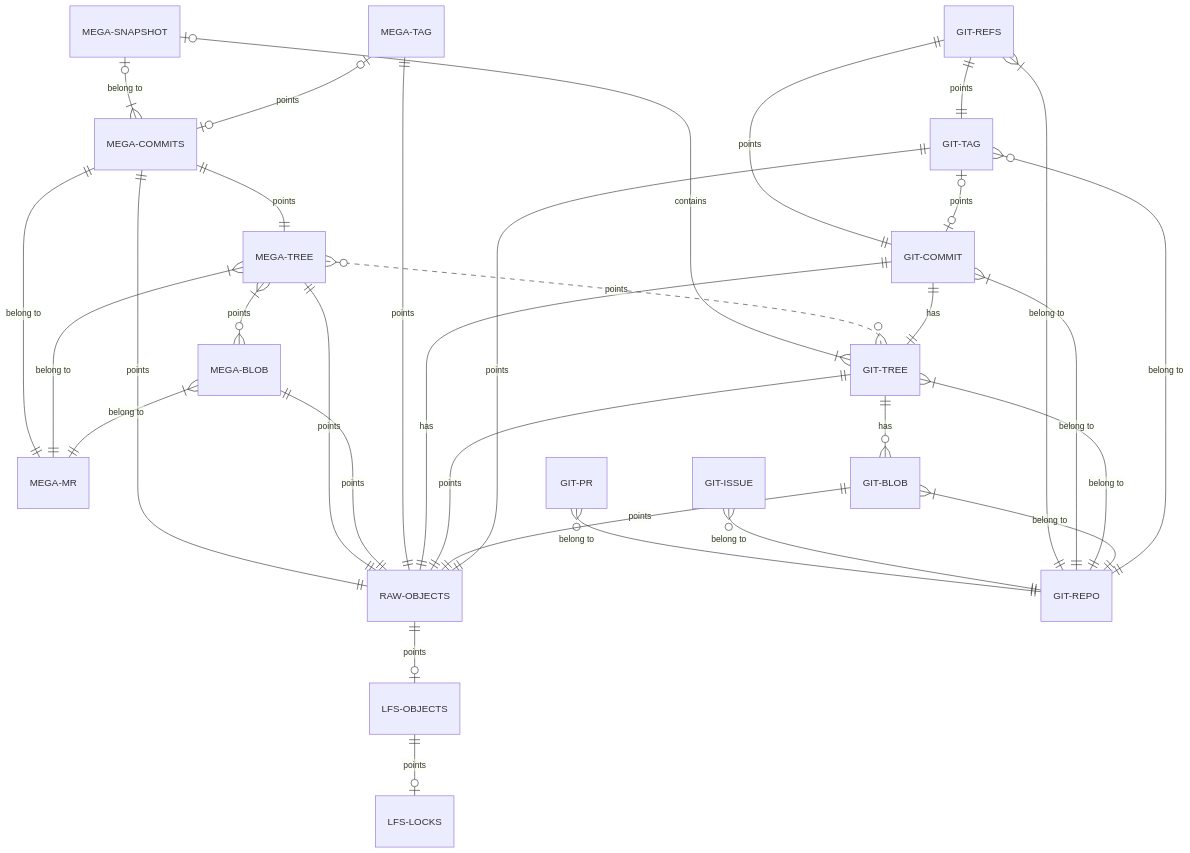
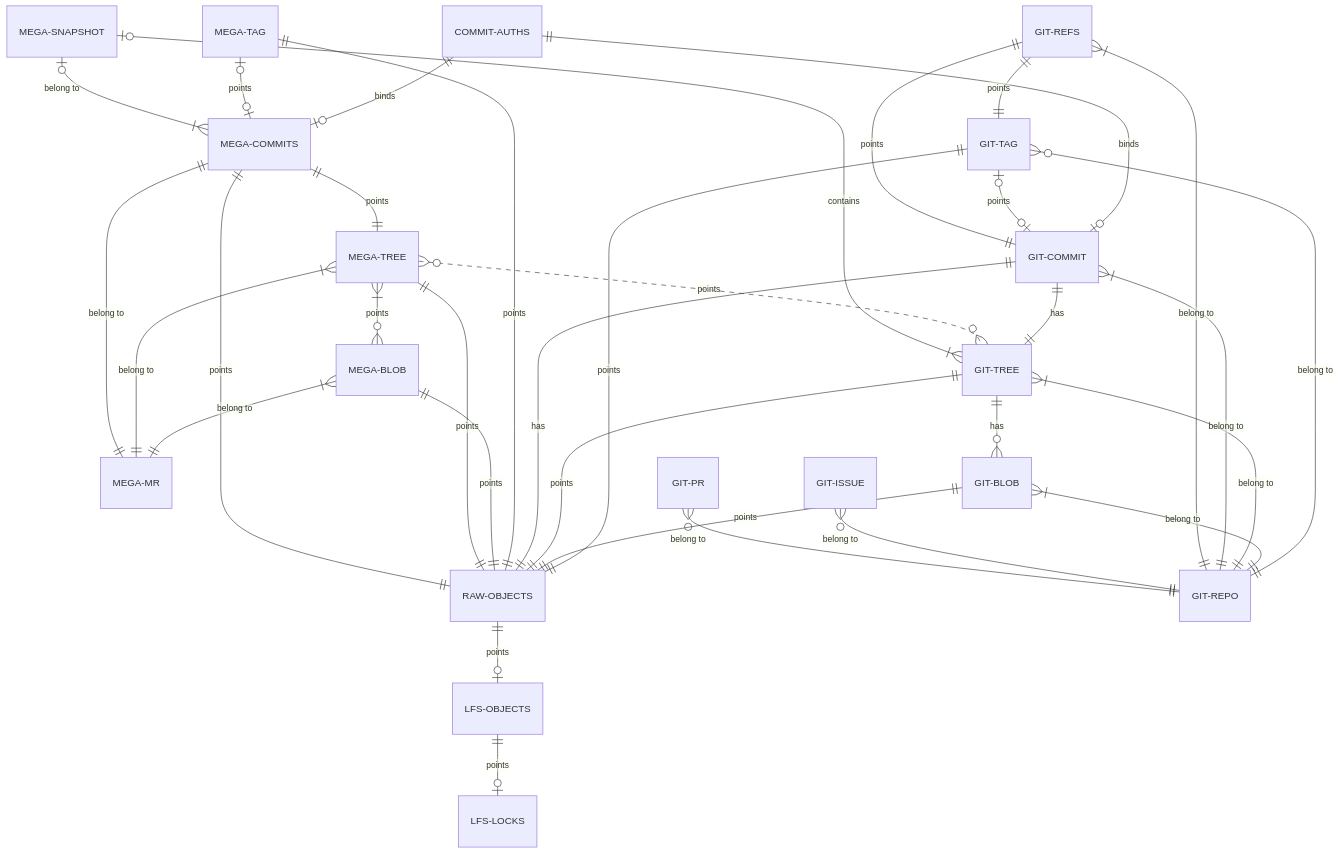
Before and after one commit to web3infra-foundation/mega: the diagram in docs/database.md, drawn with Mermaid. The commit also changed other lines of this file and 23 other files, not shown here.

````diff
--- a/docs/database.md
+++ b/docs/database.md
@@ -50,36 +51,38 @@
 ```mermaid
 erDiagram
     
     MEGA-SNAPSHOT |o--|{ MEGA-COMMITS : "belong to"
     MEGA-SNAPSHOT |o--|{ GIT-TREE : contains
     MEGA-COMMITS ||--|| MEGA-TREE : points
     MEGA-COMMITS ||--|| RAW-OBJECTS : points
     MEGA-COMMITS ||--|| MEGA-MR : "belong to"
     MEGA-TREE }|--o{ MEGA-BLOB : points
     MEGA-TREE ||--|| RAW-OBJECTS : points
     MEGA-TREE }|--|| MEGA-MR : "belong to"
     MEGA-TREE }o..o{ GIT-TREE : points
     MEGA-BLOB ||--|| RAW-OBJECTS : points
     MEGA-BLOB }|--|| MEGA-MR : "belong to"
     MEGA-TAG |o--o| MEGA-COMMITS : points
     MEGA-TAG ||--|| RAW-OBJECTS : points
     RAW-OBJECTS ||--o| LFS-OBJECTS : points
     LFS-OBJECTS ||--o| LFS-LOCKS : points
     GIT-PR }o--|| GIT-REPO : "belong to"
     GIT-ISSUE }o--|| GIT-REPO : "belong to"
     GIT-REFS ||--|| GIT-COMMIT : points
     GIT-REFS ||--|| GIT-TAG : points
     GIT-REFS }|--|| GIT-REPO : "belong to"
     GIT-COMMIT ||--|| GIT-TREE : has
     GIT-COMMIT ||--|| RAW-OBJECTS : has
     GIT-COMMIT }|--|| GIT-REPO : "belong to"
     GIT-TREE ||--o{ GIT-BLOB : has
     GIT-TREE ||--|| RAW-OBJECTS : points
     GIT-TREE }|--|| GIT-REPO : "belong to"
     GIT-BLOB ||--|| RAW-OBJECTS : points
     GIT-BLOB }|--|| GIT-REPO : "belong to"
     GIT-TAG }o--|| GIT-REPO : "belong to"
     GIT-TAG |o--o| GIT-COMMIT : points
     GIT-TAG ||--|| RAW-OBJECTS : points
+    COMMIT-AUTHS ||--o| GIT-COMMIT : binds
+    COMMIT-AUTHS ||--o| MEGA-COMMITS : binds
 
 ```
````
